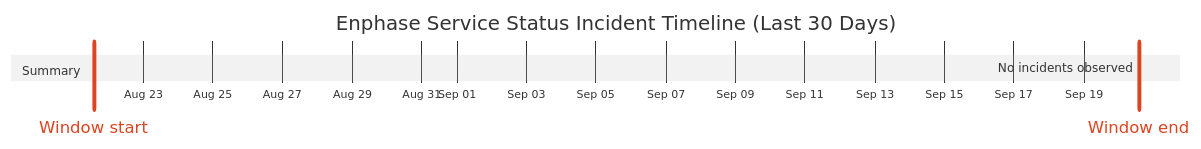
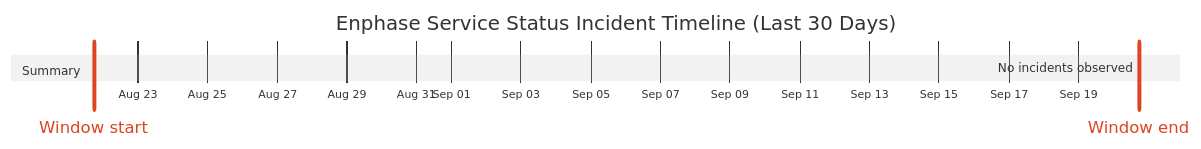
The diagram in wiki/Service-Status-History.md (barneyonline/ha-enphase-energy), drawn with Mermaid (neutral theme) before and after one commit. The commit also changed other lines of this file and 3 other files, not shown here.

````diff
--- a/wiki/Service-Status-History.md
+++ b/wiki/Service-Status-History.md
@@ -14,10 +14,10 @@
 ```mermaid
 gantt
     title Enphase Service Status Incident Timeline (Last 30 Days)
     dateFormat  YYYY-MM-DDTHH:mm:ss
     axisFormat  %b %d
-    Window start :vert, window-start, 2026-08-21T14:01:44, 0ms
-    Window end :vert, window-end, 2026-09-20T14:01:44, 0ms
+    Window start :vert, window-start, 2026-08-21T17:33:37, 0ms
+    Window end :vert, window-end, 2026-09-20T17:33:37, 0ms
     section Summary
-    No incidents observed :done, 2026-09-20T14:01:44, 1m
+    No incidents observed :done, 2026-09-20T17:33:37, 1m
 ```
````
